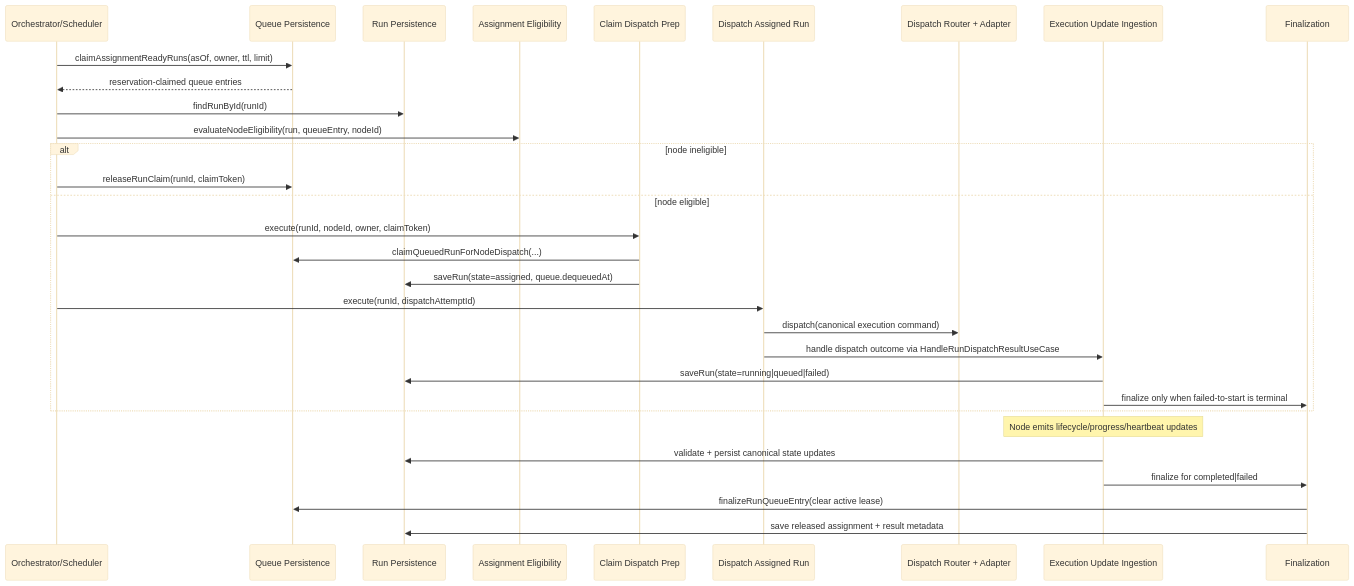
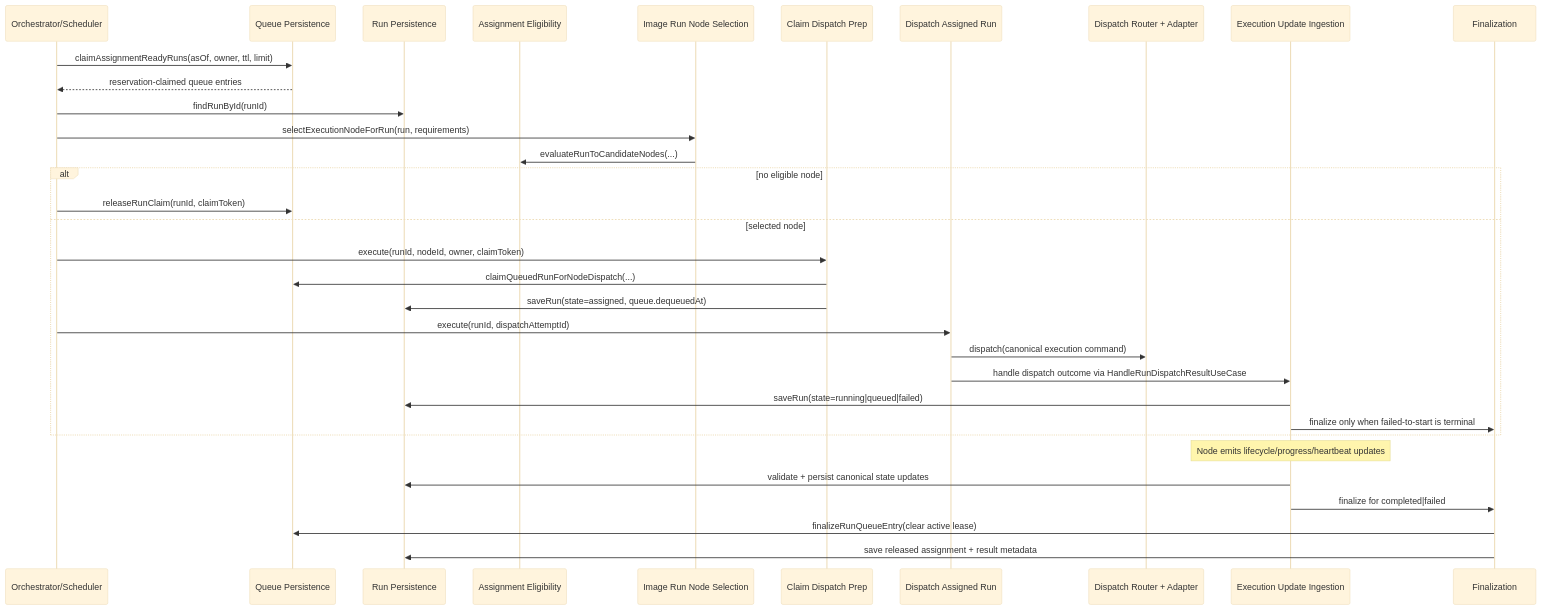
One commit to jeffreywallphd/ai-system-builder changed the diagram in docs/architecture/run-orchestration-queue-assignment-dispatch-control-plane.md. Above: the diagram before and after it, drawn with Mermaid (base theme). The commit also changed other lines of this file and 5 other files, not shown here.

First line of the commit message:
Make queued-run dispatch node-aware via authoritative selection

````diff
--- a/docs/architecture/run-orchestration-queue-assignment-dispatch-control-plane.md
+++ b/docs/architecture/run-orchestration-queue-assignment-dispatch-control-plane.md
@@ -44,35 +47,37 @@
 ```mermaid
 sequenceDiagram
     participant Scheduler as Orchestrator/Scheduler
     participant QueueRepo as Queue Persistence
     participant RunRepo as Run Persistence
     participant AssignSvc as Assignment Eligibility
+    participant NodeSelect as Image Run Node Selection
     participant ClaimUC as Claim Dispatch Prep
     participant DispatchUC as Dispatch Assigned Run
     participant DispatchPort as Dispatch Router + Adapter
     participant UpdateUC as Execution Update Ingestion
     participant FinalizeUC as Finalization
 
     Scheduler->>QueueRepo: claimAssignmentReadyRuns(asOf, owner, ttl, limit)
     QueueRepo-->>Scheduler: reservation-claimed queue entries
     Scheduler->>RunRepo: findRunById(runId)
-    Scheduler->>AssignSvc: evaluateNodeEligibility(run, queueEntry, nodeId)
-    alt node ineligible
+    Scheduler->>NodeSelect: selectExecutionNodeForRun(run, requirements)
+    NodeSelect->>AssignSvc: evaluateRunToCandidateNodes(...)
+    alt no eligible node
       Scheduler->>QueueRepo: releaseRunClaim(runId, claimToken)
-    else node eligible
+    else selected node
       Scheduler->>ClaimUC: execute(runId, nodeId, owner, claimToken)
       ClaimUC->>QueueRepo: claimQueuedRunForNodeDispatch(...)
       ClaimUC->>RunRepo: saveRun(state=assigned, queue.dequeuedAt)
       Scheduler->>DispatchUC: execute(runId, dispatchAttemptId)
       DispatchUC->>DispatchPort: dispatch(canonical execution command)
       DispatchUC->>UpdateUC: handle dispatch outcome via HandleRunDispatchResultUseCase
       UpdateUC->>RunRepo: saveRun(state=running|queued|failed)
       UpdateUC->>FinalizeUC: finalize only when failed-to-start is terminal
     end
 
     Note over UpdateUC: Node emits lifecycle/progress/heartbeat updates
     UpdateUC->>RunRepo: validate + persist canonical state updates
     UpdateUC->>FinalizeUC: finalize for completed|failed
     FinalizeUC->>QueueRepo: finalizeRunQueueEntry(clear active lease)
     FinalizeUC->>RunRepo: save released assignment + result metadata
 ```
````
